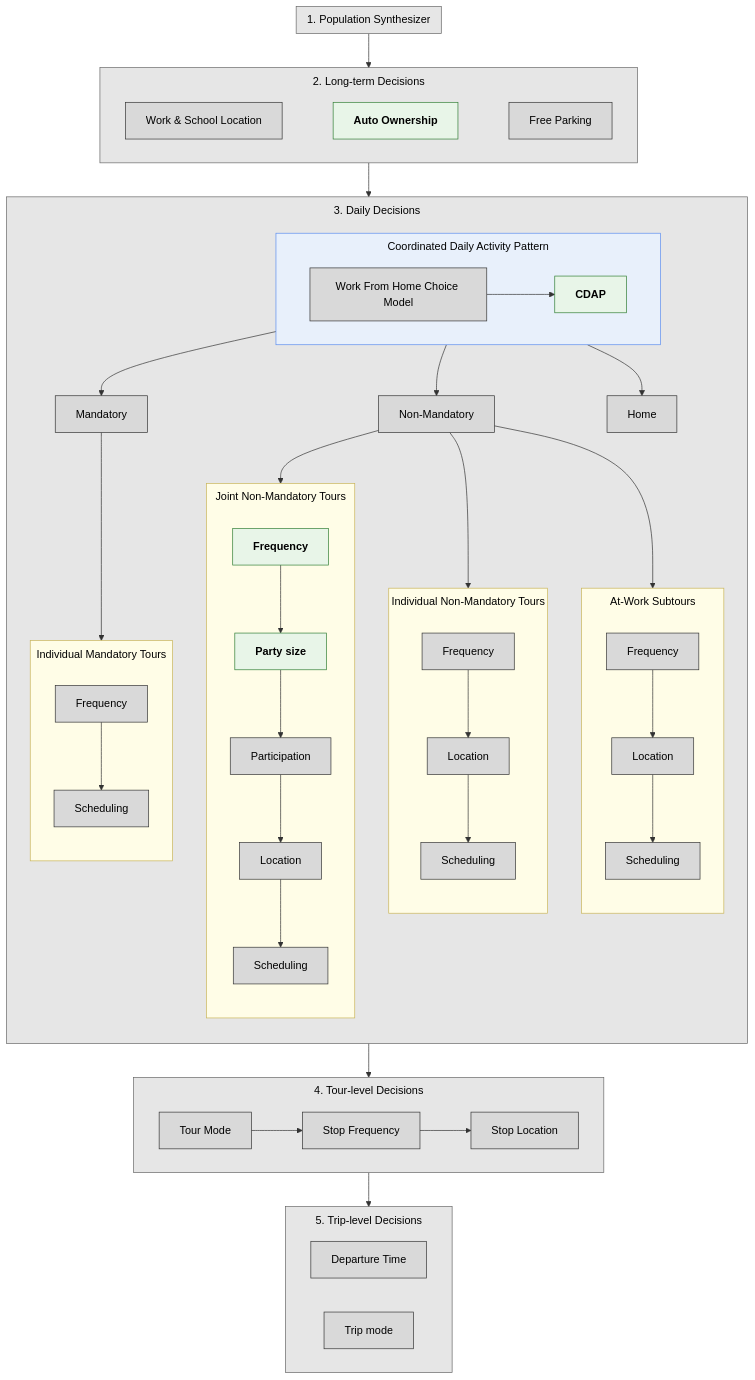
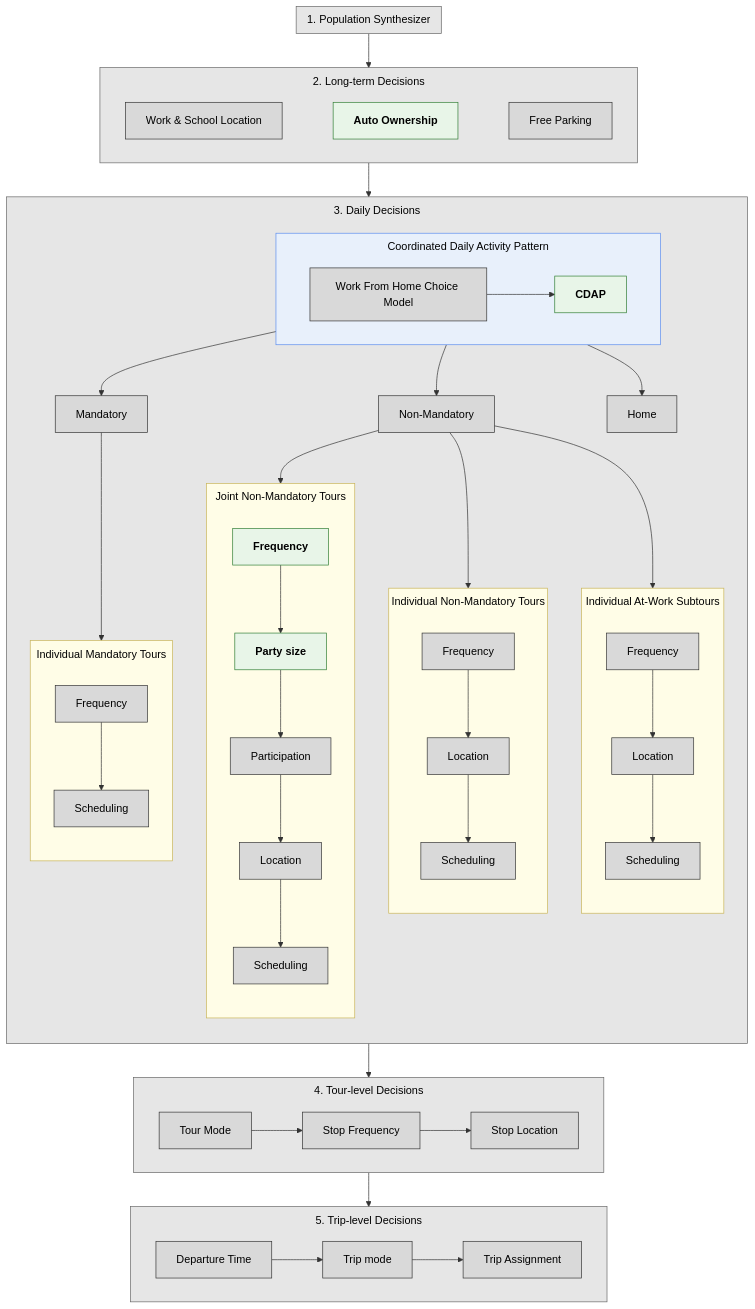
Before and after one commit to BayAreaMetro/travel-model-one: the diagram in utilities/calibration/tm1.7_calibration/chapter/_01_basic_design.qmd, drawn with Mermaid. The commit also changed other lines of this file and 1 other file, not shown here.

```diff
--- a/utilities/calibration/tm1.7_calibration/chapter/_01_basic_design.qmd
+++ b/utilities/calibration/tm1.7_calibration/chapter/_01_basic_design.qmd
@@ -78,7 +78,7 @@
             3h1 --> 3h2
             3h2 --> 3h3
         end
-        subgraph 3i["At-Work Subtours"]
+        subgraph 3i["Individual At-Work Subtours"]
             direction TB
             3i1[Frequency]
             3i2[Location]
@@ -112,6 +112,8 @@
         direction LR
         5a[Departure Time]
         5b[Trip mode]
+        5c[Trip Assignment]
+        5a --> 5b --> 5c
     end
     
     %% gray full-width bands
```
